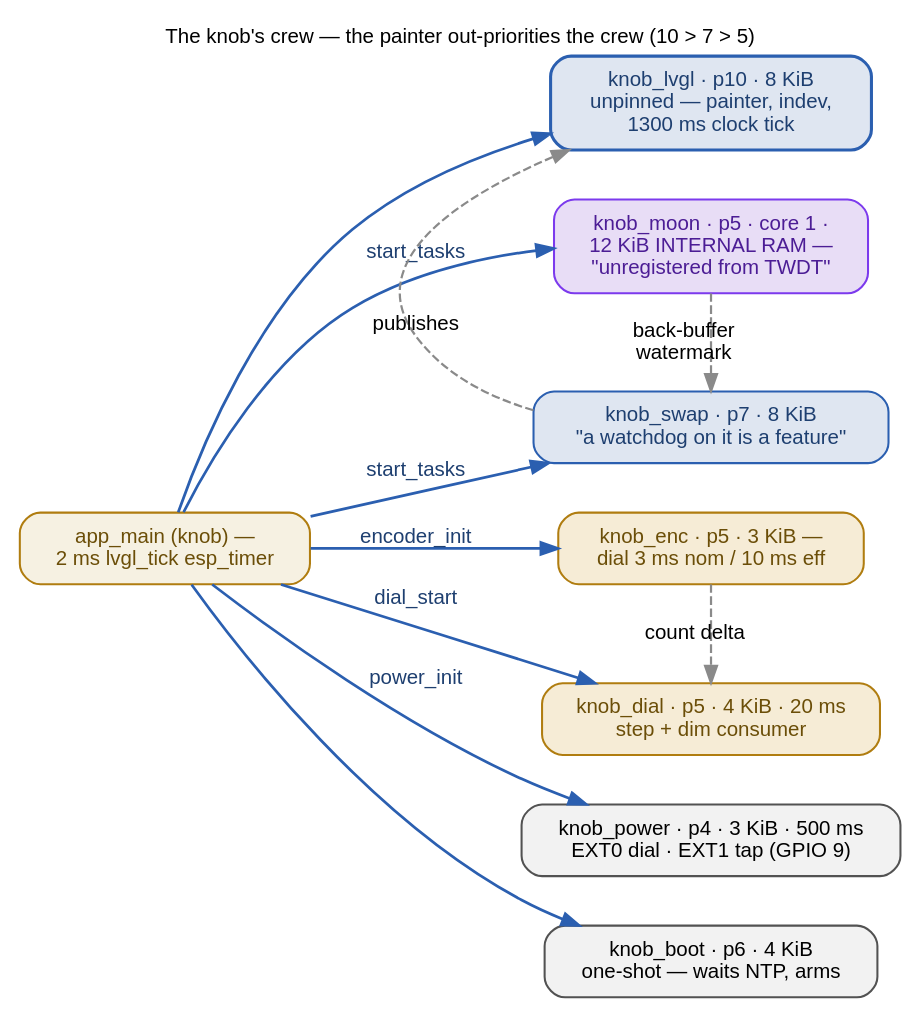
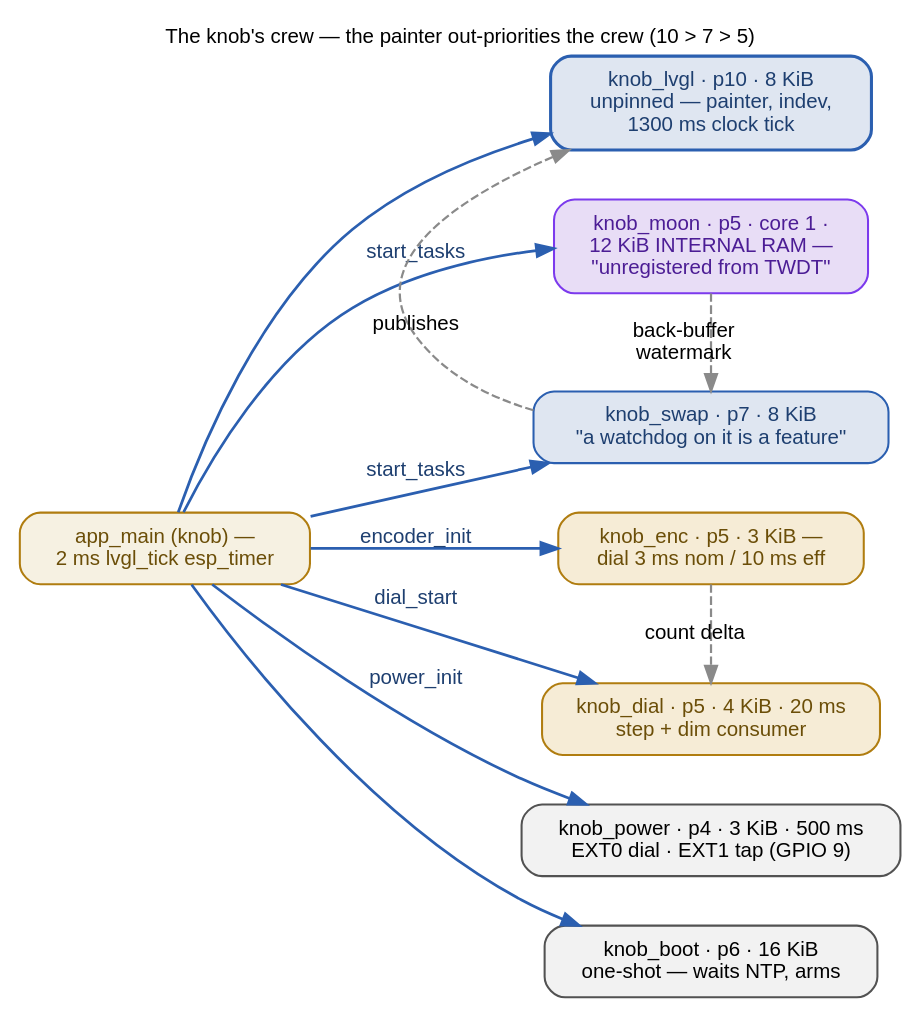
Before and after one commit to ukos-git/moon-clock-esp: the diagram in docs/_graphs/task-roster-knob.dot, drawn with Graphviz. The commit also changed 2 other files, not shown here.

Commit message:
fix: the knob "redraw loop" was a boot->crash->reboot cycle — knob_boot's 4 KiB stack overflowed
The flashed build (KNOB_UI_LAST_FRAME) deterministically crashed on every
boot right after the SNTP fix landed: boot_arm_task's tail now runs the
NTP socket window AND last_frame_warm() (a SPIFFS open + 259 K fread +
crc32 over the payload + a whole-panel lv_refr_now) BEFORE start_tasks
ever runs — and that overflows the task's 4096 B stack. Two signatures
(the crash victim rotates, the overflow does not): the FreeRTOS canary
("A stack overflow in task knob_boot"), and the overflow smashing an
adjacent heap block that held an LVGL timer-list node — LoadProhibited in
lv_timer_handler, victim knob_lvgl. Bench: 15 crash lines per 60 s; the
board reboots every ~10 s and the user saw the reboots' re-render as a
"redraw loop". One-variable fix: knob_boot 4096 -> 16384 (matches
knob_moon's 12 KiB for the same flash + LVGL work class). Verified green:
0 crash lines in 60 s and the exact hot path that used to die completes.
Binary unchanged (1,562,144 B); the docs' task roster and architecture
caption carry the 16 KiB.

```diff
--- a/docs/_graphs/task-roster-knob.dot
+++ b/docs/_graphs/task-roster-knob.dot
@@ -1,68 +1,70 @@
 // THE KNOB crew opened: the renderer is the foreground — knob_lvgl
 // out-priorities everything the boot spawns (10 > 7 > 5). Every edge
 // read out of the live source before drawing (knob/main/main.c and the
 // knob's components): app_main starts knob_lvgl (p10, 8 KiB, unpinned —
 // painter, indev and the 1300 ms software clock tick in one task);
 // start_tasks spawns knob_moon (p5, core 1, 12 KiB INTERNAL RAM —
 // never PSRAM: a task that can perform a spiffs flash write must not
 // have its stack under the cache, knob_ui.c:757; the tick-ISR crash
 // family, docs/implementation/knob-display) and knob_swap (p7, 8 KiB,
 // "a watchdog on it is a feature" — registered); encoder_init spawns
 // knob_enc (p5, 3 KiB — asks the dial every 3 ms NOMINAL, 10 ms
 // EFFECTIVE under the 100 Hz tick clamp); dial_start spawns knob_dial
 // (p5, 4 KiB, 20 ms step + dim consumer); power_init spawns knob_power
 // (p4, 3 KiB, 500 ms sleep ladder, EXT0 dial · EXT1 tap on GPIO 9);
-// a one-shot knob_boot (p6, 4 KiB) waits for NTP and arms. The dashed
+// a one-shot knob_boot (p6, 16 KiB — the NTP window + the
+// KNOB_UI_LAST_FRAME warm-read + whole-panel arm live on it, bench
+// 2026-11-21) waits for NTP and arms. The dashed
 // arrows are the hand-offs: the producer marks its back buffer, the
 // swapper publishes, the encoder forwards count deltas. The knob has NO
 // IMU (the imu shim answers ready=false) and NO RTC — the 1300 ms tick
 // is software-synthesized (knob/main/main.c:525-526). The crew in black
 // boxes is docs/_graphs/task-roster.dot (this page); what these hands
 // ask of the silicon is docs/_graphs/task-roster-chips.dot; the panel
 // side is docs/implementation/knob-display. FONTS: 12 pt = the page's
 // 16 px body text at 1:1 — kept inside the content column.
 // Rendered inline as SVG by sphinx.ext.graphviz (dot on PATH).
 digraph task_roster_knob {
     rankdir=LR;
     label="The knob's crew — the painter out-priorities the crew (10 > 7 > 5)";
     labelloc="t"; labeljust="c";
     fontname="Helvetica"; fontsize=12;
     graph [nodesep=0.4, ranksep=0.7];
     node [fontname="Helvetica", fontsize=12, shape=box, style="rounded,filled",
           width=0, height=0, margin="0.18,0.11", fillcolor="#f2f2ef",
           color="#525252", penwidth=1.2];
     edge [fontname="Helvetica", fontsize=12, color="#8a8a8a", penwidth=1.3];
 
     kmain [label="app_main (knob) —\n2 ms lvgl_tick esp_timer",
            fillcolor="#f6f1e2", color="#b07d10", fontcolor="#6b4e08"];
     klvgl [label="knob_lvgl · p10 · 8 KiB\nunpinned — painter, indev,\n1300 ms clock tick",
            fillcolor="#dfe6f1", color="#2b5fb0", fontcolor="#1e3f70", penwidth=1.8];
     kmoon [label="knob_moon · p5 · core 1 ·\n12 KiB INTERNAL RAM —\n\"unregistered from TWDT\"",
            fillcolor="#e8ddf6", color="#7c3aed", fontcolor="#4c1d95"];
     kswap [label="knob_swap · p7 · 8 KiB\n\"a watchdog on it is a feature\"",
            fillcolor="#dfe6f1", color="#2b5fb0", fontcolor="#1e3f70"];
     kenc [label="knob_enc · p5 · 3 KiB —\ndial 3 ms nom / 10 ms eff",
           fillcolor="#f6ecd6", color="#b07d10", fontcolor="#6b4e08"];
     kdial [label="knob_dial · p5 · 4 KiB · 20 ms\nstep + dim consumer",
            fillcolor="#f6ecd6", color="#b07d10", fontcolor="#6b4e08"];
     ksup [label="knob_power · p4 · 3 KiB · 500 ms\nEXT0 dial · EXT1 tap (GPIO 9)",
           fillcolor="#f2f2f2"];
-    kboot [label="knob_boot · p6 · 4 KiB\none-shot — waits NTP, arms",
+    kboot [label="knob_boot · p6 · 16 KiB\none-shot — waits NTP, arms",
            fillcolor="#f2f2f2"];
 
     kmain -> klvgl [color="#2b5fb0", penwidth=1.6, fontcolor="#1e3f70"];
     kmain -> kboot [color="#2b5fb0", penwidth=1.6, fontcolor="#1e3f70"];
     kmain -> kenc [color="#2b5fb0", penwidth=1.6, fontcolor="#1e3f70",
                    label="encoder_init"];
     kmain -> kdial [color="#2b5fb0", penwidth=1.6, fontcolor="#1e3f70",
                     label="dial_start"];
     kmain -> ksup [color="#2b5fb0", penwidth=1.6, fontcolor="#1e3f70",
                    label="power_init"];
     kmain -> kmoon [color="#2b5fb0", penwidth=1.6, fontcolor="#1e3f70",
                     label="start_tasks"];
     kmain -> kswap [color="#2b5fb0", penwidth=1.6, fontcolor="#1e3f70",
                     label="start_tasks"];
     kmoon -> kswap [style=dashed, constraint=false, label="back-buffer\nwatermark"];
     kswap -> klvgl [style=dashed, constraint=false, label="publishes"];
     kenc -> kdial [style=dashed, constraint=false, label="count delta"];
 }
```
